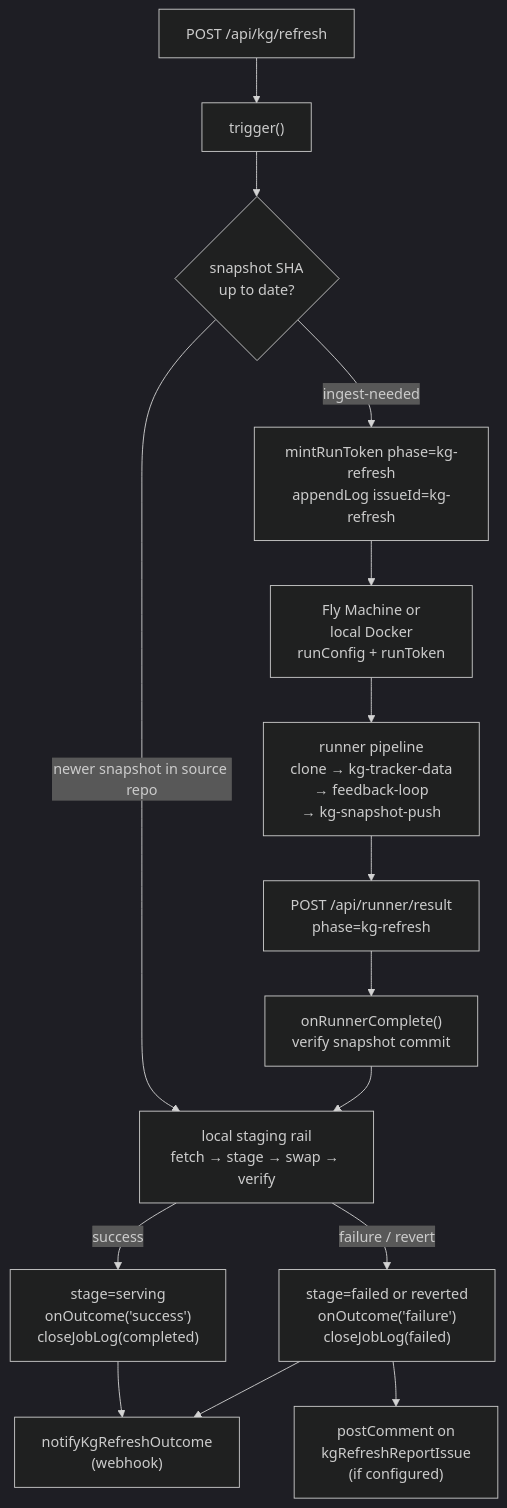
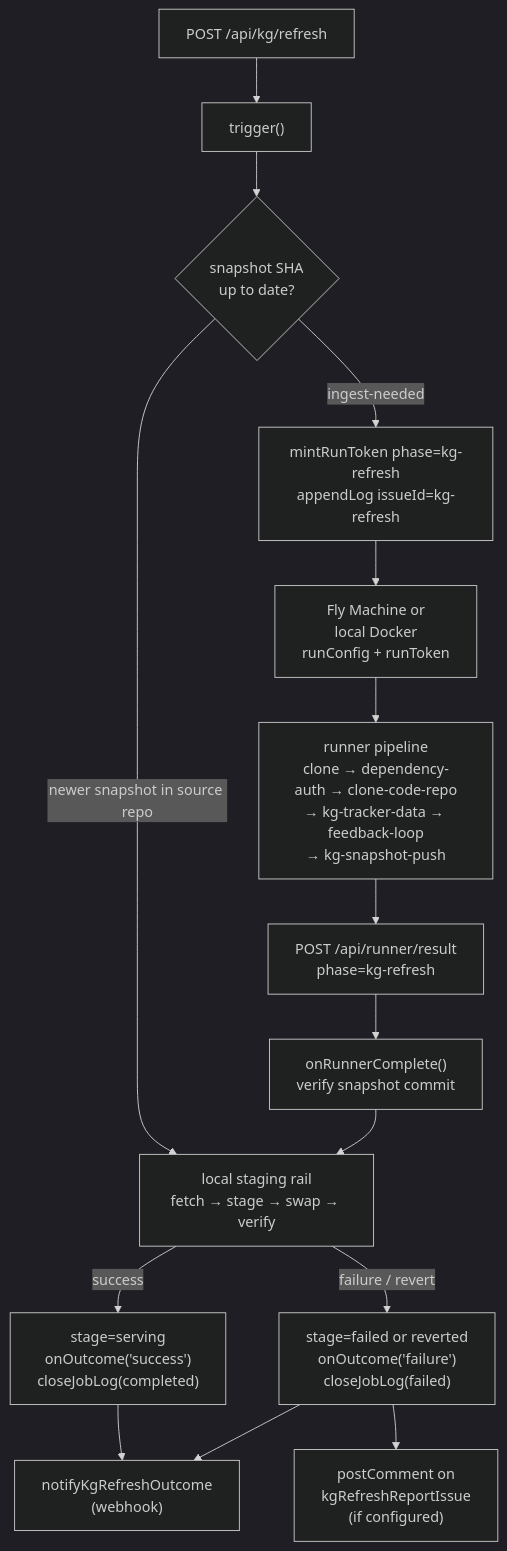
Before and after one commit to BuildDownAI/AI-Implement: the diagram in docs/issueless-runs.md, drawn with Mermaid (dark theme). The commit also changed other lines of this file and 8 other files, not shown here.

Commit message:
AII-565: kg-refresh workspace includes the code repo: second clone via the existing dependency-token scope and clone ste

````diff
--- a/docs/issueless-runs.md
+++ b/docs/issueless-runs.md
@@ -25,17 +25,17 @@
 ```mermaid
 flowchart TD
     A["POST /api/kg/refresh"] --> B["trigger()"]
     B --> C{"snapshot SHA\nup to date?"}
     C -->|"newer snapshot in source repo"| H["local staging rail\nfetch → stage → swap → verify"]
     C -->|"ingest-needed"| D["mintRunToken phase=kg-refresh\nappendLog issueId=kg-refresh"]
     D --> E["Fly Machine or\nlocal Docker\nrunConfig + runToken"]
-    E --> F["runner pipeline\nclone → kg-tracker-data\n→ feedback-loop\n→ kg-snapshot-push"]
+    E --> F["runner pipeline\nclone → dependency-auth → clone-code-repo\n→ kg-tracker-data → feedback-loop\n→ kg-snapshot-push"]
     F --> G["POST /api/runner/result\nphase=kg-refresh"]
     G --> I["onRunnerComplete()\nverify snapshot commit"]
     I --> H
     H -->|"success"| J["stage=serving\nonOutcome('success')\ncloseJobLog(completed)"]
     H -->|"failure / revert"| K["stage=failed or reverted\nonOutcome('failure')\ncloseJobLog(failed)"]
     J --> L["notifyKgRefreshOutcome\n(webhook)"]
     K --> L
     K --> M["postComment on\nkgRefreshReportIssue\n(if configured)"]
 ```
````
